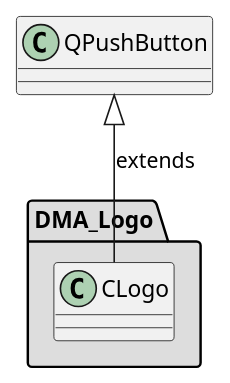
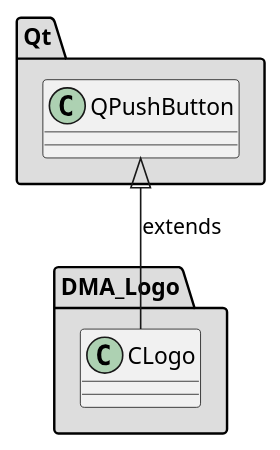
One commit to svlad-90/DLT-Message-Analyzer changed the diagram in md/dev_docs/puml/DMA_Logo_standalone.puml. Above: the diagram before and after it, drawn with PlantUML. The commit also changed 41 other files, not shown here.

First line of the commit message:
[ISSUE #107][REPOSITORY] Extend README to contain a diagram, which will represent dependencies to the third-party repositories

```diff
--- a/md/dev_docs/puml/DMA_Logo_standalone.puml
+++ b/md/dev_docs/puml/DMA_Logo_standalone.puml
@@ -2,16 +2,25 @@
 @startuml
 
 skinparam wrapWidth 600
 package "DMA_Logo" #DDDDDD
 {
 
 class "CLogo"
 {
 }
 
 }
 
+package "Qt" #DDDDDD
+{
+
+class "QPushButton"
+{
+}
+
+}
+
 '====================Inheritance section====================
 QPushButton <|-- CLogo : extends
 
 @enduml
```
